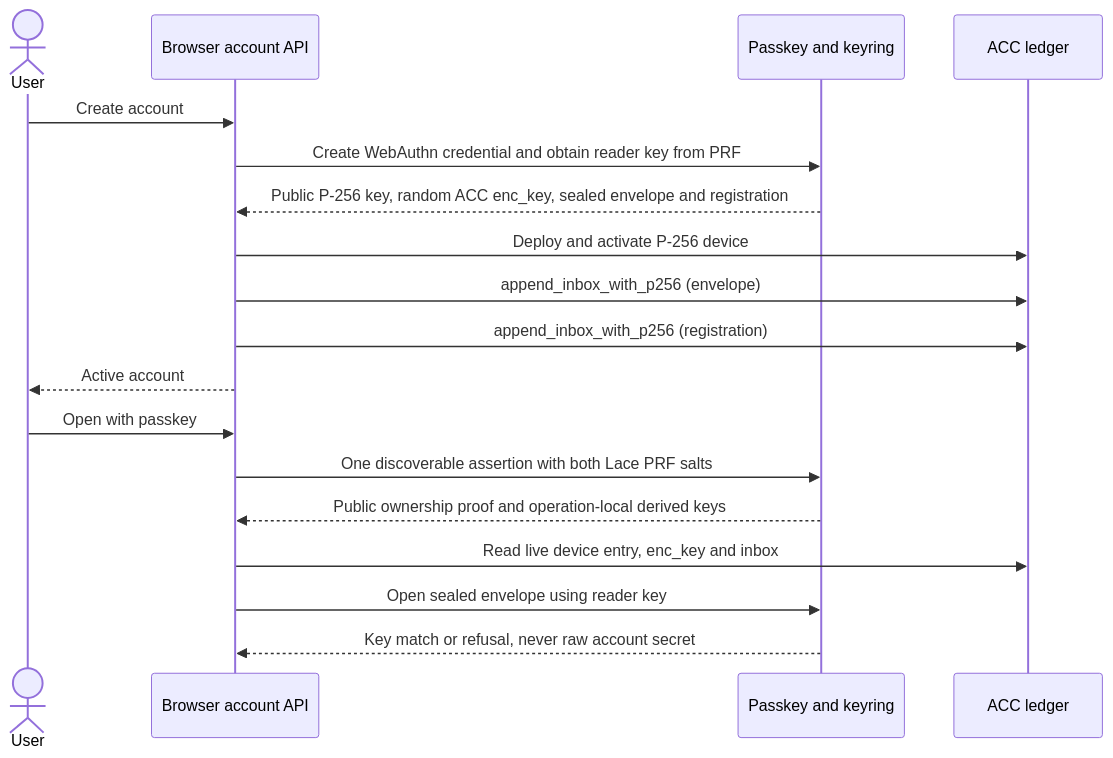
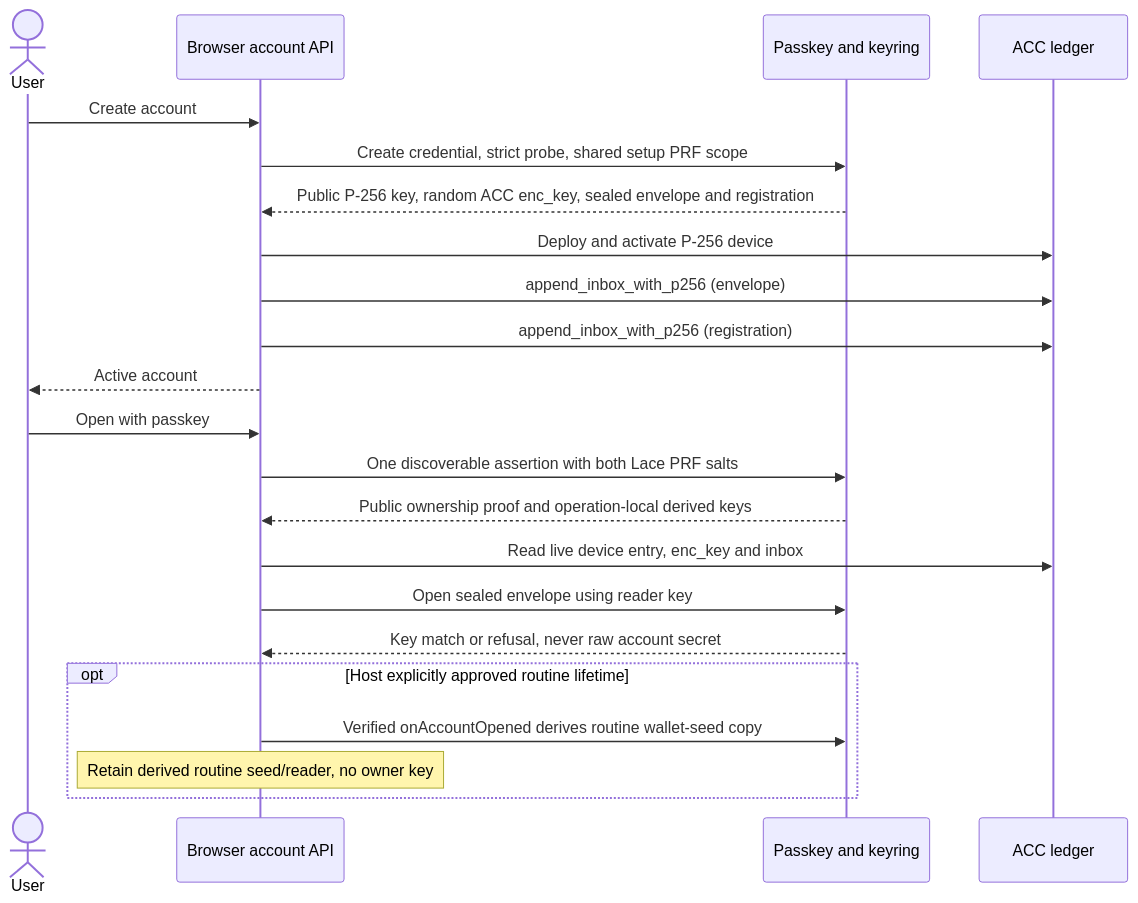
Before and after one commit to input-output-hk/midnight-passport-sdk: the first of 6 diagrams in docs/prototype/flows.md, drawn with Mermaid. The commit also changed other lines of this file and 53 other files, not shown here.

````diff
--- a/docs/prototype/flows.md
+++ b/docs/prototype/flows.md
@@ -16,20 +38,24 @@
 ```mermaid
 sequenceDiagram
   actor U as User
   participant P as Browser account API
   participant K as Passkey and keyring
   participant C as ACC ledger
   U->>P: Create account
-  P->>K: Create WebAuthn credential and obtain reader key from PRF
+  P->>K: Create credential, strict probe, shared setup PRF scope
   K-->>P: Public P-256 key, random ACC enc_key, sealed envelope and registration
   P->>C: Deploy and activate P-256 device
   P->>C: append_inbox_with_p256 (envelope)
   P->>C: append_inbox_with_p256 (registration)
   P-->>U: Active account
   U->>P: Open with passkey
   P->>K: One discoverable assertion with both Lace PRF salts
   K-->>P: Public ownership proof and operation-local derived keys
   P->>C: Read live device entry, enc_key and inbox
   P->>K: Open sealed envelope using reader key
   K-->>P: Key match or refusal, never raw account secret
+  opt Host explicitly approved routine lifetime
+    P->>K: Verified onAccountOpened derives routine wallet-seed copy
+    Note over P: Retain derived routine seed/reader, no owner key
+  end
 ```
````
